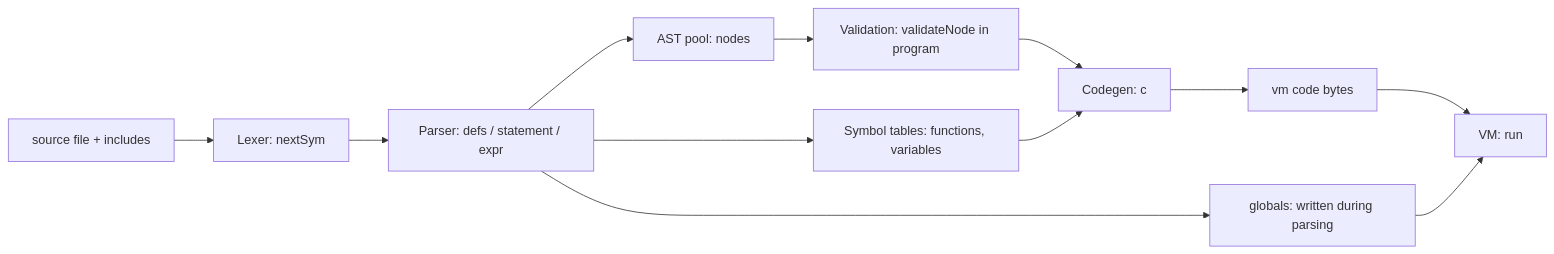
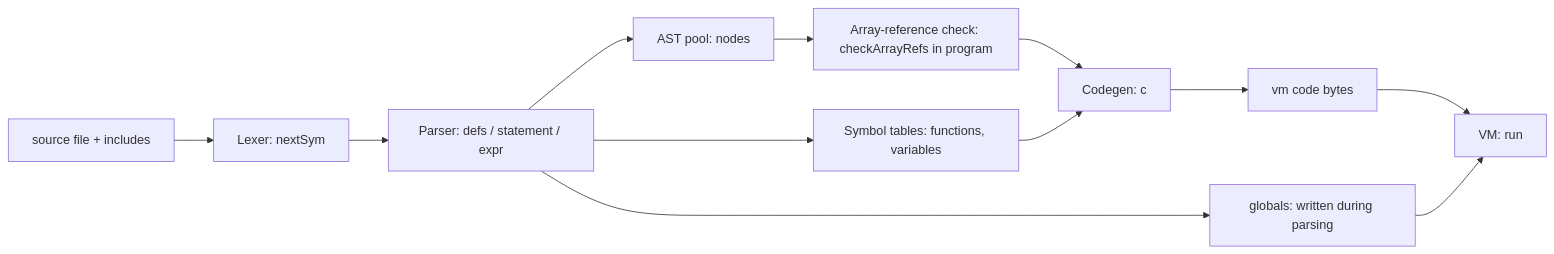
The diagram in TechnicalOverview.md (CCurl/mc), drawn with Mermaid before and after one commit. The commit also changed other lines of this file and 10 other files, not shown here.

````diff
--- a/TechnicalOverview.md
+++ b/TechnicalOverview.md
@@ -5,14 +5,14 @@
 ```mermaid
 flowchart LR
     A[source file + includes] --> B[Lexer: nextSym]
     B --> C[Parser: defs / statement / expr]
     C --> D[AST pool: nodes]
     C --> E[Symbol tables: functions, variables]
     C --> K[globals: written during parsing]
-    D --> F[Validation: validateNode in program]
+    D --> F[Array-reference check: checkArrayRefs in program]
     F --> G[Codegen: c]
     E --> G
     G --> H[vm code bytes]
     H --> J[VM: run]
     K --> J
 ```
````
